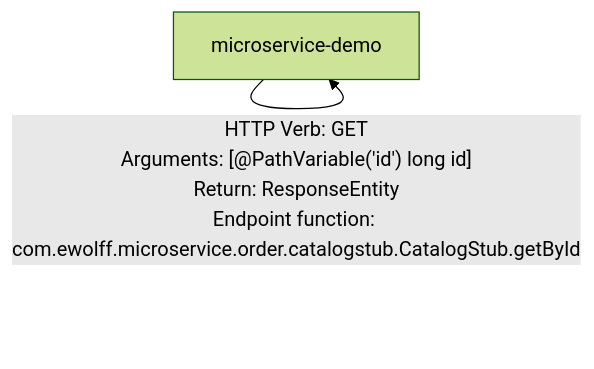
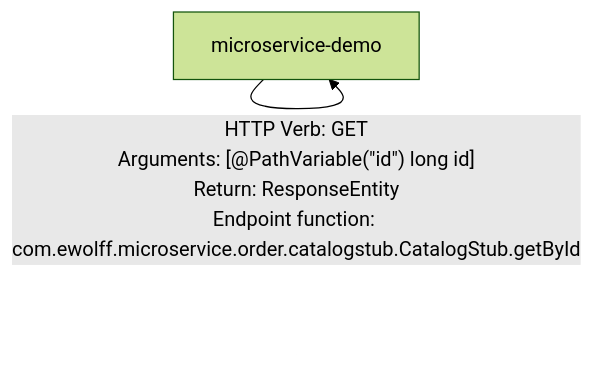
Before and after one commit to M3SOulu/EMSE2025SAR-Replication: the diagram in microservice-output/prophet-processed.mmd, drawn with Mermaid (forest theme). The commit also changed other lines of this file and 19 other files, not shown here.

```diff
--- a/microservice-output/prophet-processed.mmd
+++ b/microservice-output/prophet-processed.mmd
@@ -1,3 +1,3 @@
 graph TD
-    microservice-demo-->|"HTTP Verb: GET<br/>Arguments: [@PathVariable('id') long id]<br/>Return: ResponseEntity<Customer><br/>Endpoint function: com.ewolff.microservice.order.customerstub.CustomerStub.getById"|microservice-demo
-    microservice-demo-->|"HTTP Verb: GET<br/>Arguments: [@PathVariable('id') long id]<br/>Return: ResponseEntity<Item><br/>Endpoint function: com.ewolff.microservice.order.catalogstub.CatalogStub.getById"|microservice-demo
+microservice-demo-->|"HTTP Verb: GET<br/>Arguments: [@PathVariable(#quot;id#quot;) long id]<br/>Return: ResponseEntity<Customer><br/>Endpoint function: com.ewolff.microservice.order.customerstub.CustomerStub.getById"|microservice-demo
+microservice-demo-->|"HTTP Verb: GET<br/>Arguments: [@PathVariable(#quot;id#quot;) long id]<br/>Return: ResponseEntity<Item><br/>Endpoint function: com.ewolff.microservice.order.catalogstub.CatalogStub.getById"|microservice-demo
```
